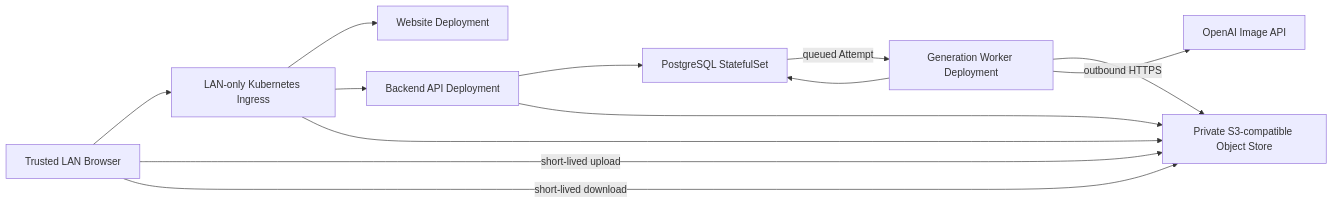
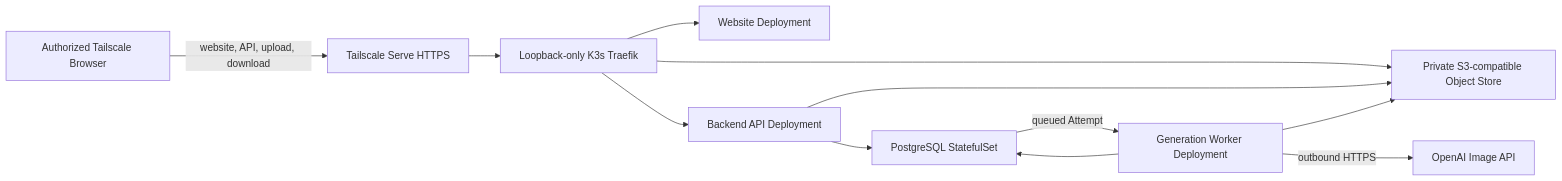
The diagram in docs/ai-artist/lld/milestone-1-lld-05-runtime-security-ops.md (tongking6/ai-artist), drawn with Mermaid before and after one commit. The commit also changed other lines of this file and 9 other files, not shown here.

````diff
--- a/docs/ai-artist/lld/milestone-1-lld-05-runtime-security-ops.md
+++ b/docs/ai-artist/lld/milestone-1-lld-05-runtime-security-ops.md
@@ -46,15 +48,14 @@
 ```mermaid
 flowchart LR
-  U["Trusted LAN Browser"] --> I["LAN-only Kubernetes Ingress"]
+  U["Authorized Tailscale Browser"] -->|website, API, upload, download| TS["Tailscale Serve HTTPS"]
+  TS --> I["Loopback-only K3s Traefik"]
   I --> WB["Website Deployment"]
   I --> API["Backend API Deployment"]
   I --> OS["Private S3-compatible Object Store"]
   API --> DB["PostgreSQL StatefulSet"]
   API --> OS
-  U -->|short-lived upload| OS
   DB -->|queued Attempt| GW["Generation Worker Deployment"]
   GW --> OS
   GW --> DB
   GW -->|outbound HTTPS| P["OpenAI Image API"]
-  U -->|short-lived download| OS
 ```
````
